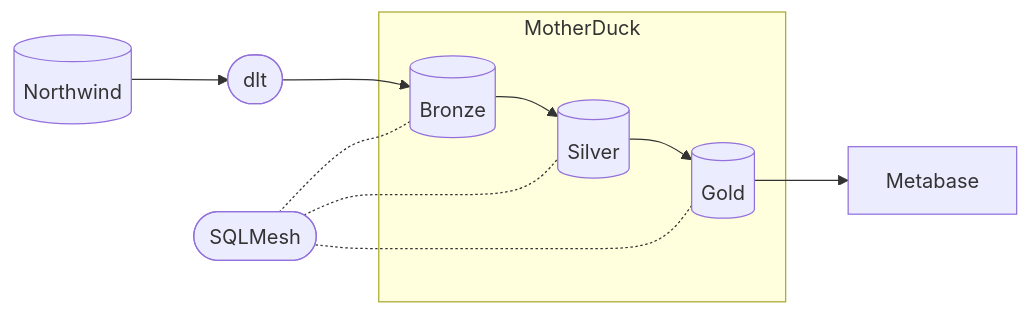
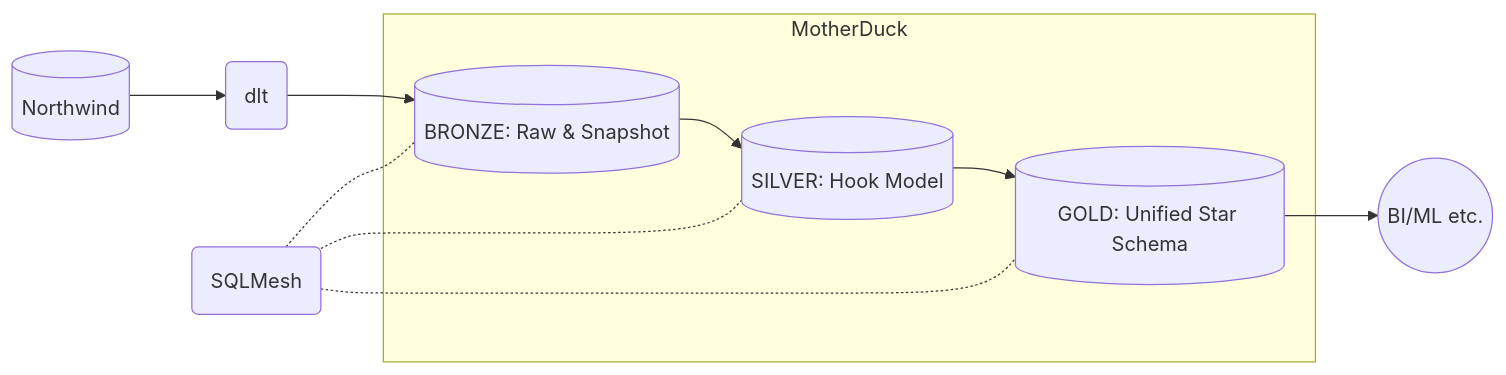
Before and after one commit to mattiasthalen/obsidian-insights: the first of 4 diagrams in README.md, drawn with Mermaid.

Commit message:
Update architecture graph

````diff
--- a/README.md
+++ b/README.md
@@ -27,31 +27,31 @@
 ```mermaid
 graph LR
     %% Source Systems
     source_1[(Northwind)]
     %%source_2[(Adventure Works)]
     
     %% Processing Layer - Using ([text]) for servers
-    extract([dlt])
-    transform([SQLMesh])
+    extract(dlt)
+    transform(SQLMesh)
     
     %% Data Warehouse - MotherDuck
     subgraph warehouse[MotherDuck]
-        bronze[(Bronze)]
-        silver[(Silver)]
-        gold[(Gold)]
+        bronze[("BRONZE: Raw & Snapshot")]
+        silver[("SILVER: Hook Model")]
+        gold[("GOLD: Unified Star Schema")]
     end
     
     %% BI
-    bi[Metabase]
+    bi((BI/ML etc.))
     
     %% Connections
     source_1 --> extract
     %%source_2 --> extract
     extract --> bronze
     bronze --> silver
     silver --> gold
     gold --> bi
     transform -.- bronze
     transform -.- silver
     transform -.- gold
 ```
````
